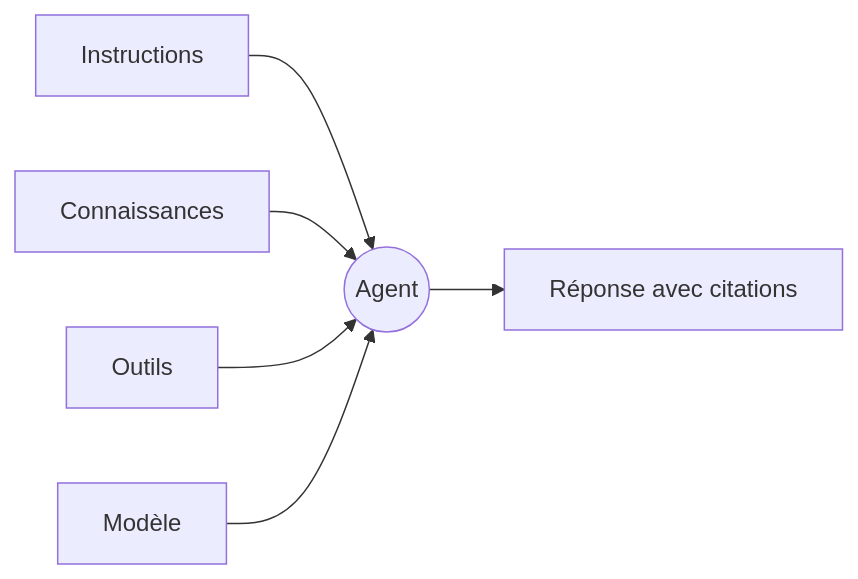
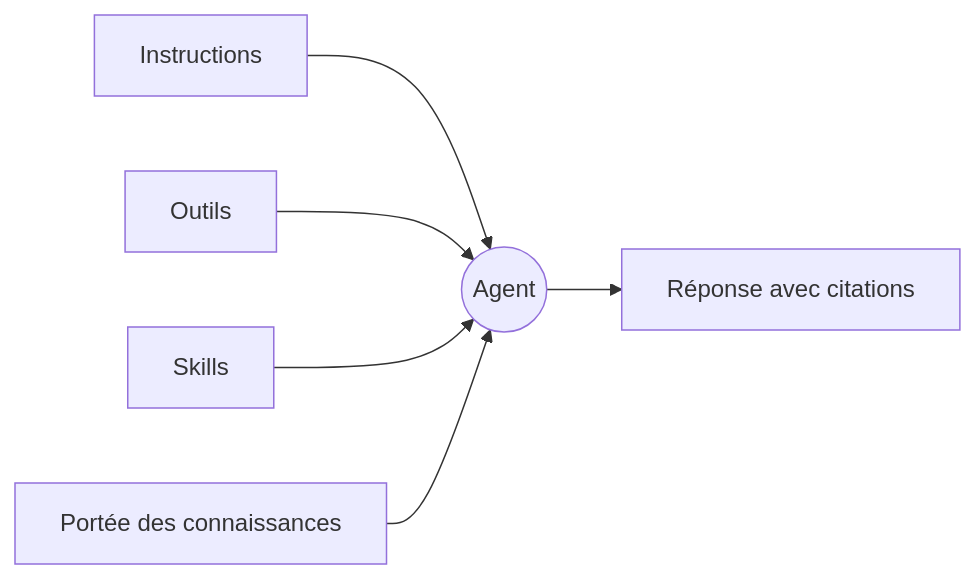
The diagram in docs/fr/platform/agents/concepts.md (tale-project/tale), drawn with Mermaid before and after one commit. The commit also changed other lines of this file and 4688 other files, not shown here.

````diff
--- a/docs/fr/platform/agents/concepts.md
+++ b/docs/fr/platform/agents/concepts.md
@@ -26,8 +28,8 @@
 ```mermaid
 flowchart LR
     I[Instructions] --> A((Agent))
-    K[Connaissances] --> A
     T[Outils] --> A
-    M[Modèle] --> A
+    S[Skills] --> A
+    K[Portée des connaissances] --> A
     A --> R[Réponse avec citations]
 ```
````
